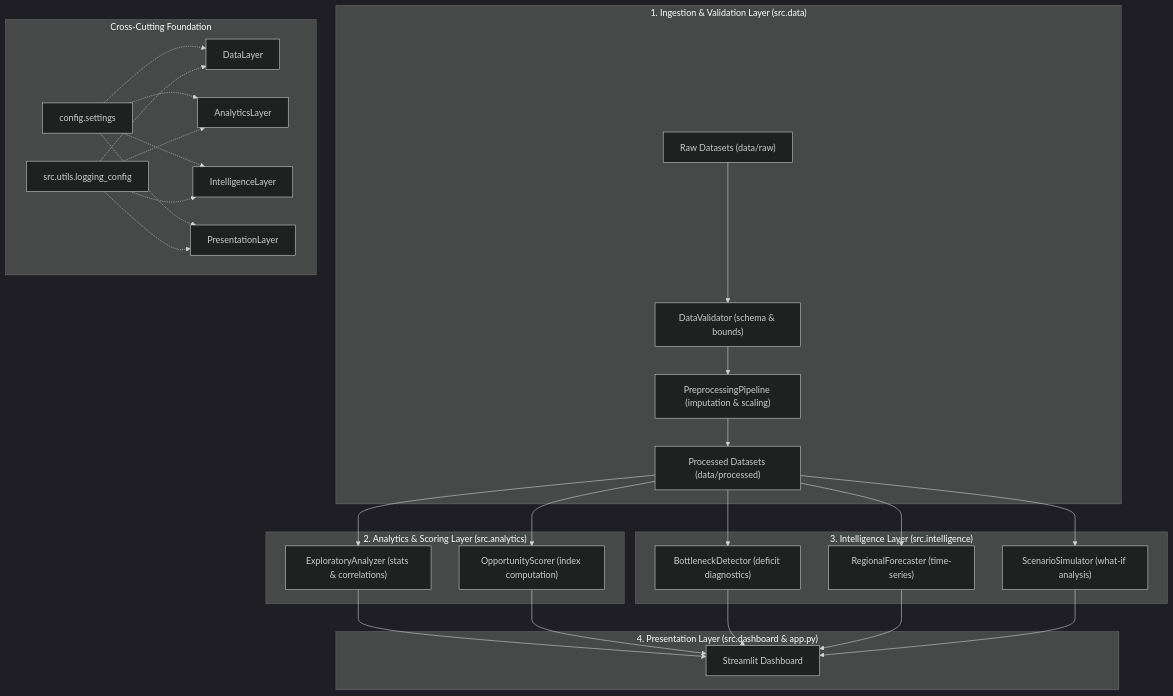
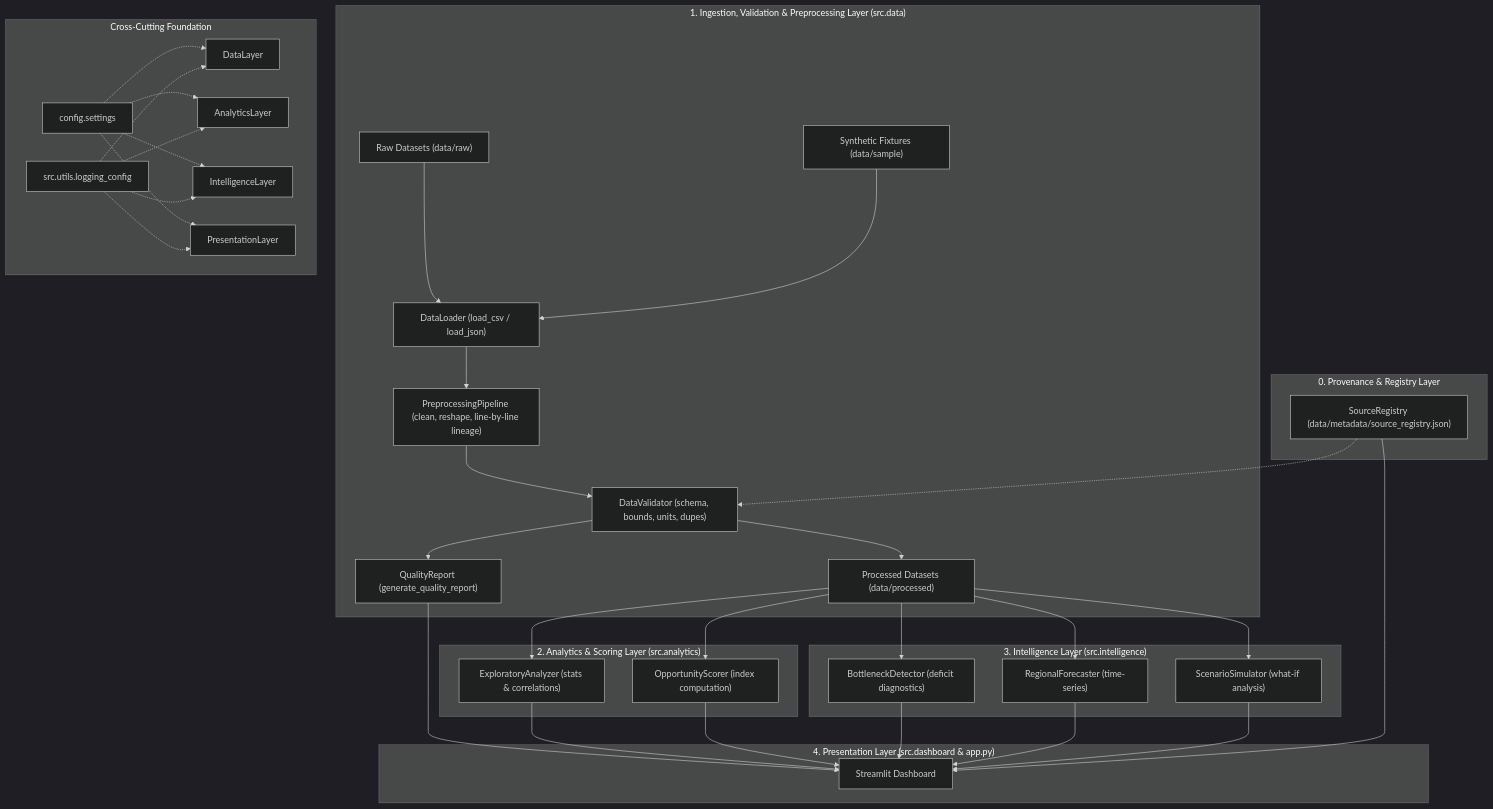
The diagram in docs/ARCHITECTURE.md (ashwinsiva007/EcoLense_AI), drawn with Mermaid (dark theme) before and after one commit. The commit also changed other lines of this file and 23 other files, not shown here.

Commit message:
feat(data): implement Stage 2A data architecture and dataset readiness

````diff
--- a/docs/ARCHITECTURE.md
+++ b/docs/ARCHITECTURE.md
@@ -20,38 +20,48 @@
 ```mermaid
 flowchart TD
-    subgraph Data Layer ["1. Ingestion & Validation Layer (src.data)"]
-        RawData["Raw Datasets (data/raw)"] --> Validator["DataValidator (schema & bounds)"]
-        Validator --> Preprocessing["PreprocessingPipeline (imputation & scaling)"]
-        Preprocessing --> ProcessedData["Processed Datasets (data/processed)"]
+    subgraph Metadata ["0. Provenance & Registry Layer"]
+        Registry["SourceRegistry (data/metadata/source_registry.json)"]
+    end
+
+    subgraph Data Layer ["1. Ingestion, Validation & Preprocessing Layer (src.data)"]
+        RawData["Raw Datasets (data/raw)"] --> Loader["DataLoader (load_csv / load_json)"]
+        SampleData["Synthetic Fixtures (data/sample)"] --> Loader
+        Loader --> Preprocessing["PreprocessingPipeline (clean, reshape, line-by-line lineage)"]
+        Preprocessing --> Validator["DataValidator (schema, bounds, units, dupes)"]
+        Registry -.-> Validator
+        Validator --> QualityReport["QualityReport (generate_quality_report)"]
+        Validator --> ProcessedData["Processed Datasets (data/processed)"]
     end
 
     subgraph Analytics Layer ["2. Analytics & Scoring Layer (src.analytics)"]
         ProcessedData --> EDA["ExploratoryAnalyzer (stats & correlations)"]
         ProcessedData --> Scorer["OpportunityScorer (index computation)"]
     end
 
     subgraph Intelligence Layer ["3. Intelligence Layer (src.intelligence)"]
         ProcessedData --> Bottlenecks["BottleneckDetector (deficit diagnostics)"]
         ProcessedData --> Forecaster["RegionalForecaster (time-series)"]
         ProcessedData --> Simulator["ScenarioSimulator (what-if analysis)"]
     end
 
     subgraph Presentation Layer ["4. Presentation Layer (src.dashboard & app.py)"]
-        EDA --> UI["Streamlit Dashboard"]
+        Registry --> UI["Streamlit Dashboard"]
+        QualityReport --> UI
+        EDA --> UI
         Scorer --> UI
         Bottlenecks --> UI
         Forecaster --> UI
         Simulator --> UI
     end
 
     subgraph Infrastructure ["Cross-Cutting Foundation"]
         Config["config.settings"] -.-> DataLayer
         Config -.-> AnalyticsLayer
         Config -.-> IntelligenceLayer
         Config -.-> PresentationLayer
         Logging["src.utils.logging_config"] -.-> DataLayer
         Logging -.-> AnalyticsLayer
         Logging -.-> IntelligenceLayer
         Logging -.-> PresentationLayer
     end
 ```
````
